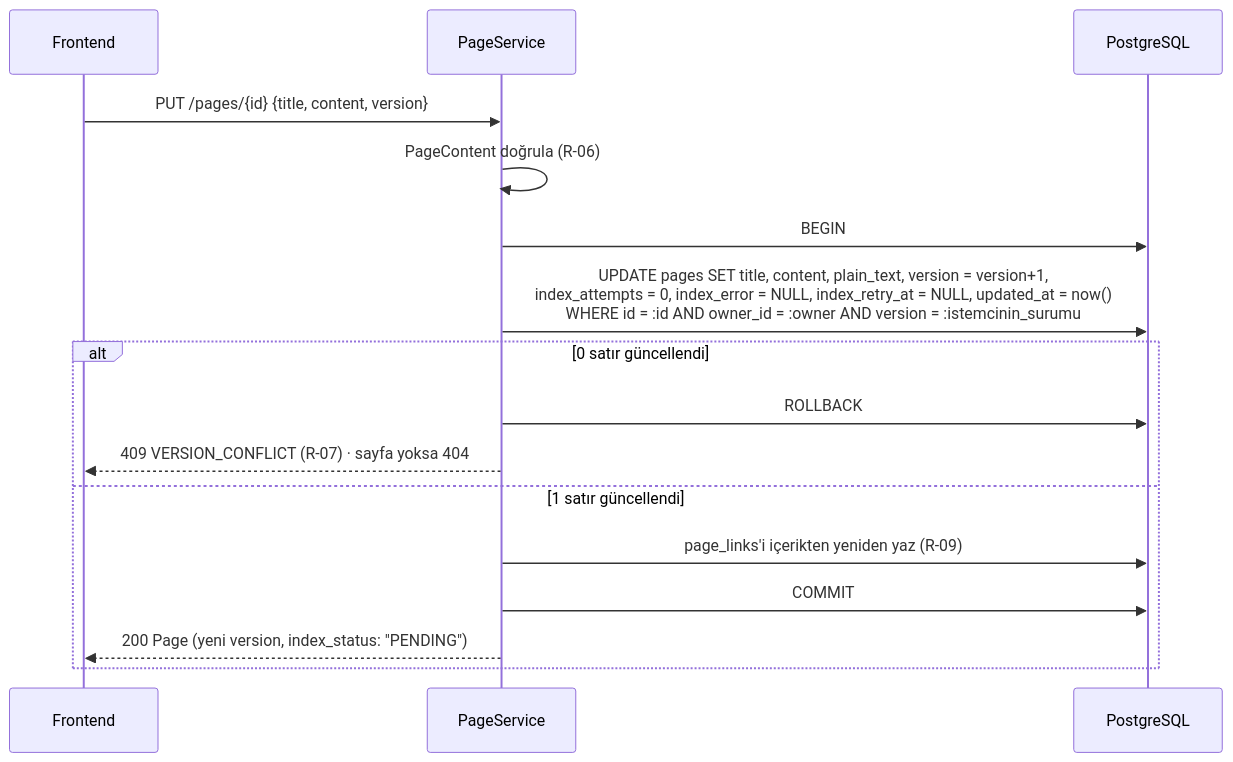
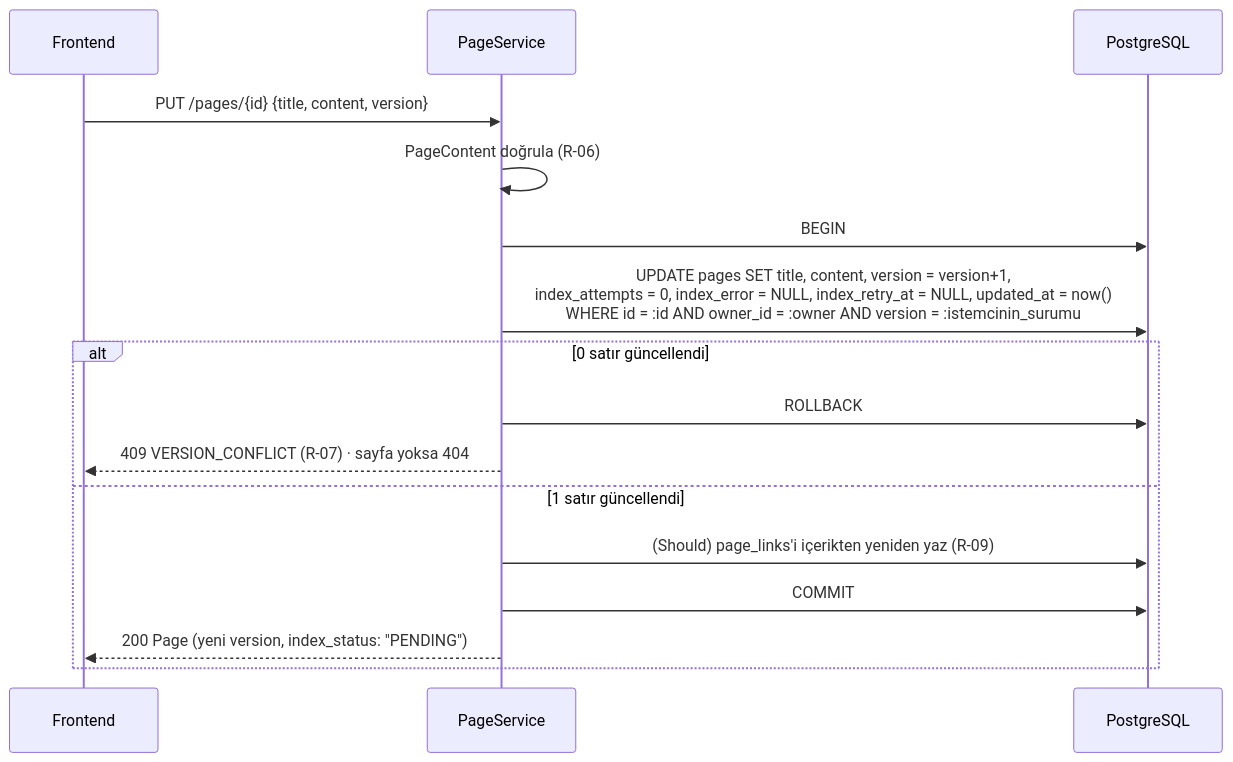
Before and after one commit to semihbekdas/sari-takim-kovan: the second of 4 diagrams in docs/architecture.md, drawn with Mermaid. The commit also changed other lines of this file and 17 other files, not shown here.

````diff
--- a/docs/architecture.md
+++ b/docs/architecture.md
@@ -137,18 +137,18 @@
 ```mermaid
 sequenceDiagram
     participant FE as Frontend
     participant S as PageService
     participant DB as PostgreSQL
     FE->>S: PUT /pages/{id} {title, content, version}
     S->>S: PageContent doğrula (R-06)
     S->>DB: BEGIN
-    S->>DB: UPDATE pages SET title, content, plain_text, version = version+1,<br/>index_attempts = 0, index_error = NULL, index_retry_at = NULL, updated_at = now()<br/>WHERE id = :id AND owner_id = :owner AND version = :istemcinin_surumu
+    S->>DB: UPDATE pages SET title, content, version = version+1,<br/>index_attempts = 0, index_error = NULL, index_retry_at = NULL, updated_at = now()<br/>WHERE id = :id AND owner_id = :owner AND version = :istemcinin_surumu
     alt 0 satır güncellendi
         S->>DB: ROLLBACK
         S-->>FE: 409 VERSION_CONFLICT (R-07) · sayfa yoksa 404
     else 1 satır güncellendi
-        S->>DB: page_links'i içerikten yeniden yaz (R-09)
+        S->>DB: (Should) page_links'i içerikten yeniden yaz (R-09)
         S->>DB: COMMIT
         S-->>FE: 200 Page (yeni version, index_status: "PENDING")
     end
 ```
````
